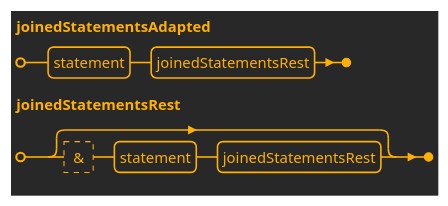
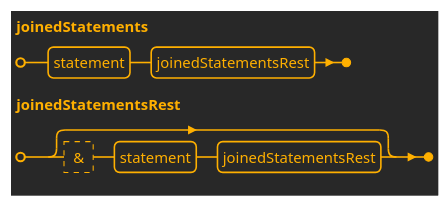
The third of 7 diagrams in Domain/MURQ.Domain/URQL/docs/URQL Lines Syntax.md (realsonic/MURQ), drawn with PlantUML before and after one commit. The commit also changed other lines of this file, not shown here.

````diff
--- a/Domain/MURQ.Domain/URQL/docs/URQL Lines Syntax.md
+++ b/Domain/MURQ.Domain/URQL/docs/URQL Lines Syntax.md
@@ -74,8 +81,8 @@
 ```plantuml
 @startebnf Адаптация joinedStatements
 !theme crt-amber
 
-joinedStatementsAdapted = statement, joinedStatementsRest;
+joinedStatements = statement, joinedStatementsRest;
 joinedStatementsRest = [? & ?, statement, joinedStatementsRest];
 @endebnf
 ```
````
